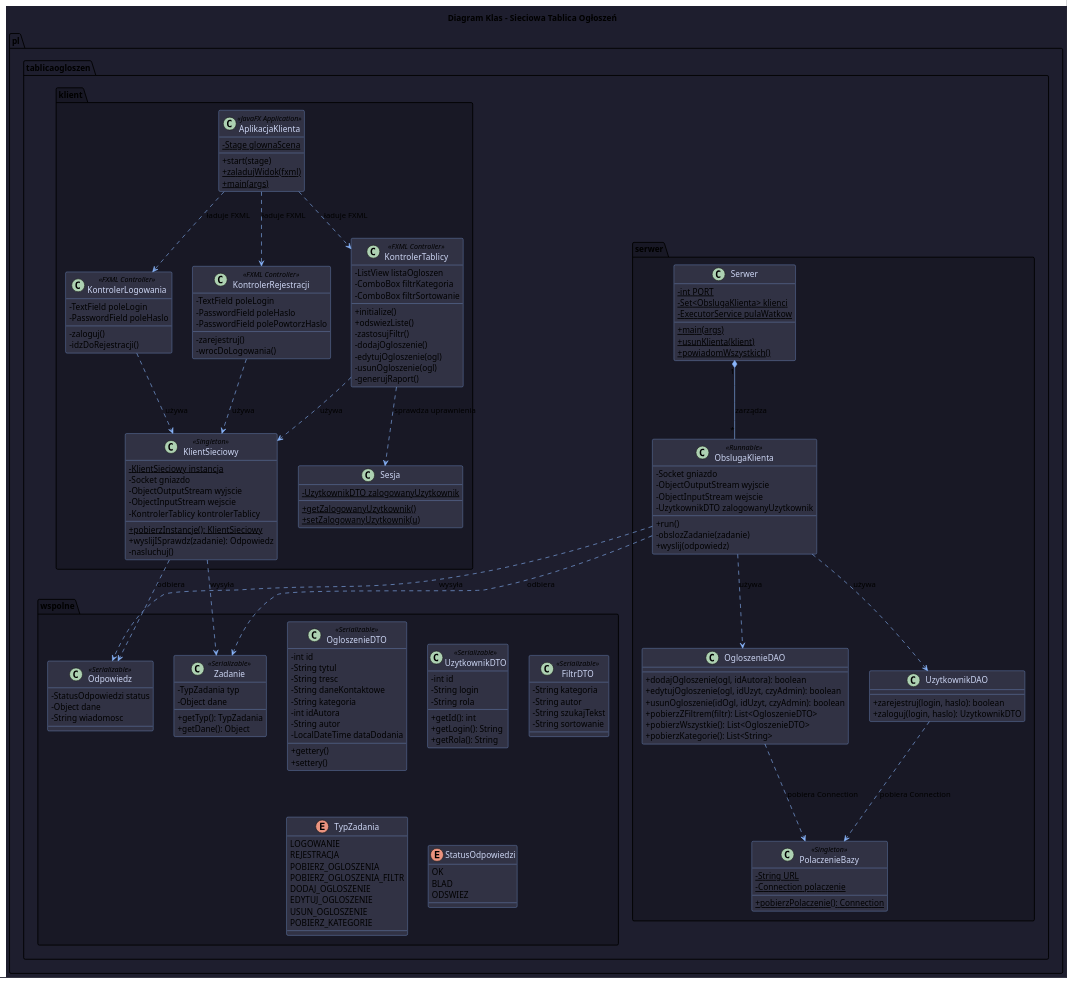
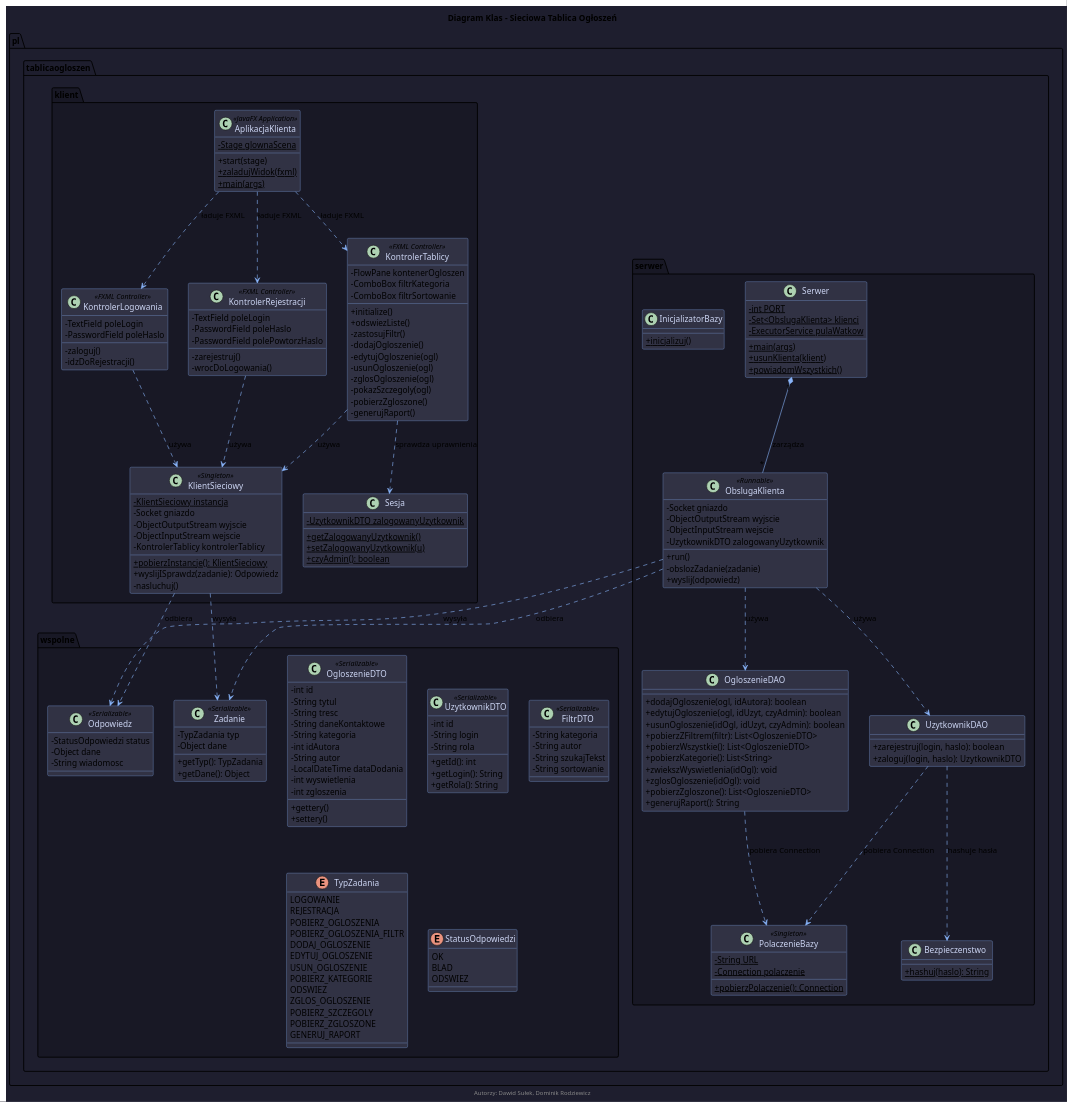
Before and after one commit to Skepciak/Projekt-7-SiecowaTablicaOgloszen-Studia: the first of 2 diagrams in dokumentacja.puml, drawn with PlantUML. The commit also changed other lines of this file and 38 other files, not shown here.

Commit message:
Dodano: system zgloszen, popularnosc, raporty, UI admin + sprawozdanie LaTeX + diagramy UML

```diff
--- a/dokumentacja.puml
+++ b/dokumentacja.puml
@@ -9,6 +9,7 @@
 }
 
 title Diagram Klas - Sieciowa Tablica Ogłoszeń
+footer Autorzy: Dawid Sułek, Dominik Rodziewicz
 
 package "pl.tablicaogloszen.wspolne" #181825 {
     class OgloszenieDTO <<Serializable>> {
@@ -20,6 +21,8 @@
         - int idAutora
         - String autor
         - LocalDateTime dataDodania
+        - int wyswietlenia
+        - int zgloszenia
         + gettery()
         + settery()
     }
@@ -62,6 +65,11 @@
         EDYTUJ_OGLOSZENIE
         USUN_OGLOSZENIE
         POBIERZ_KATEGORIE
+        ODSWIEZ
+        ZGLOS_OGLOSZENIE
+        POBIERZ_SZCZEGOLY
+        POBIERZ_ZGLOSZONE
+        GENERUJ_RAPORT
     }
     
     enum StatusOdpowiedzi {
@@ -97,6 +105,14 @@
         + {static} pobierzPolaczenie(): Connection
     }
     
+    class Bezpieczenstwo {
+        + {static} hashuj(haslo): String
+    }
+    
+    class InicjalizatorBazy {
+        + {static} inicjalizuj()
+    }
+    
     class OgloszenieDAO {
         + dodajOgloszenie(ogl, idAutora): boolean
         + edytujOgloszenie(ogl, idUzyt, czyAdmin): boolean
@@ -104,6 +120,10 @@
         + pobierzZFiltrem(filtr): List<OgloszenieDTO>
         + pobierzWszystkie(): List<OgloszenieDTO>
         + pobierzKategorie(): List<String>
+        + zwiekszWyswietlenia(idOgl): void
+        + zglosOgloszenie(idOgl): void
+        + pobierzZgloszone(): List<OgloszenieDTO>
+        + generujRaport(): String
     }
     
     class UzytkownikDAO {
@@ -147,7 +167,7 @@
     }
     
     class KontrolerTablicy <<FXML Controller>> {
-        - ListView listaOgloszen
+        - FlowPane kontenerOgloszen
         - ComboBox filtrKategoria
         - ComboBox filtrSortowanie
         + initialize()
@@ -156,6 +176,9 @@
         - dodajOgloszenie()
         - edytujOgloszenie(ogl)
         - usunOgloszenie(ogl)
+        - zglosOgloszenie(ogl)
+        - pokazSzczegoly(ogl)
+        - pobierzZgloszone()
         - generujRaport()
     }
     
@@ -163,6 +186,7 @@
         - {static} UzytkownikDTO zalogowanyUzytkownik
         + {static} getZalogowanyUzytkownik()
         + {static} setZalogowanyUzytkownik(u)
+        + {static} czyAdmin(): boolean
     }
 }
 
@@ -172,6 +196,7 @@
 ObslugaKlienta ..> UzytkownikDAO : używa
 OgloszenieDAO ..> PolaczenieBazy : pobiera Connection
 UzytkownikDAO ..> PolaczenieBazy : pobiera Connection
+UzytkownikDAO ..> Bezpieczenstwo : hashuje hasła
 
 AplikacjaKlienta ..> KontrolerLogowania : ładuje FXML
 AplikacjaKlienta ..> KontrolerRejestracji : ładuje FXML
```
